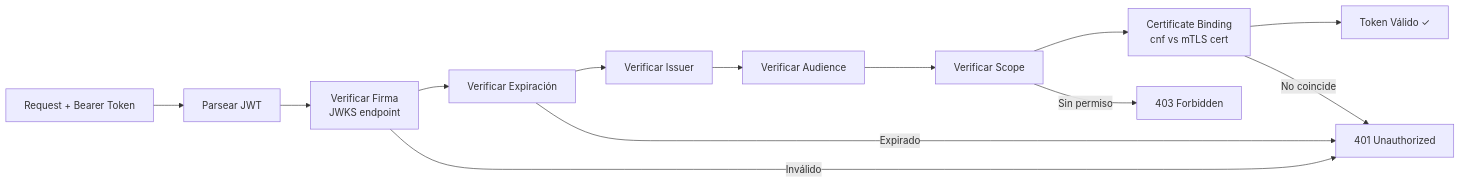
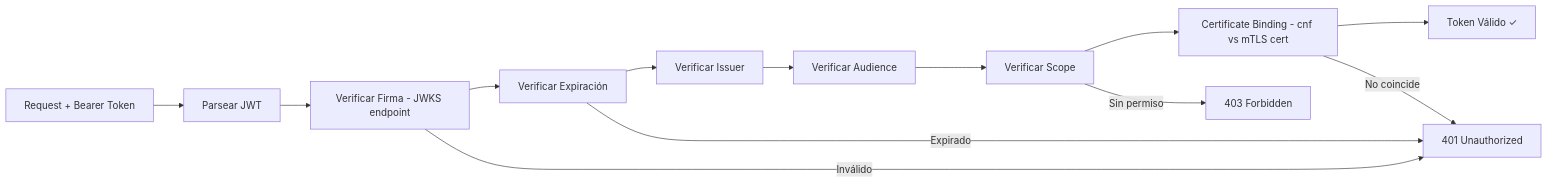
One commit to somospragma/integration-consent-manager changed the third of 7 diagrams in docs/architecture/api-management-services.md. Above: the diagram before and after it, drawn with Mermaid. The commit also changed other lines of this file and 9 other files, not shown here.

Commit message:
fix: corregir diagramas Mermaid - quitar paréntesis y \n incompatibles con GitHub

````diff
--- a/docs/architecture/api-management-services.md
+++ b/docs/architecture/api-management-services.md
@@ -132,16 +132,16 @@
 ```mermaid
 graph LR
     REQ[Request + Bearer Token] --> PARSE[Parsear JWT]
-    PARSE --> SIG[Verificar Firma\nJWKS endpoint]
+    PARSE --> SIG[Verificar Firma - JWKS endpoint]
     SIG --> EXP[Verificar Expiración]
     EXP --> ISS[Verificar Issuer]
     ISS --> AUD[Verificar Audience]
     AUD --> SCOPE[Verificar Scope]
-    SCOPE --> BIND[Certificate Binding\ncnf vs mTLS cert]
+    SCOPE --> BIND[Certificate Binding - cnf vs mTLS cert]
     BIND --> OK[Token Válido ✓]
     
     SIG -->|Inválido| REJECT[401 Unauthorized]
     EXP -->|Expirado| REJECT
     SCOPE -->|Sin permiso| FORBID[403 Forbidden]
     BIND -->|No coincide| REJECT
 ```
````
